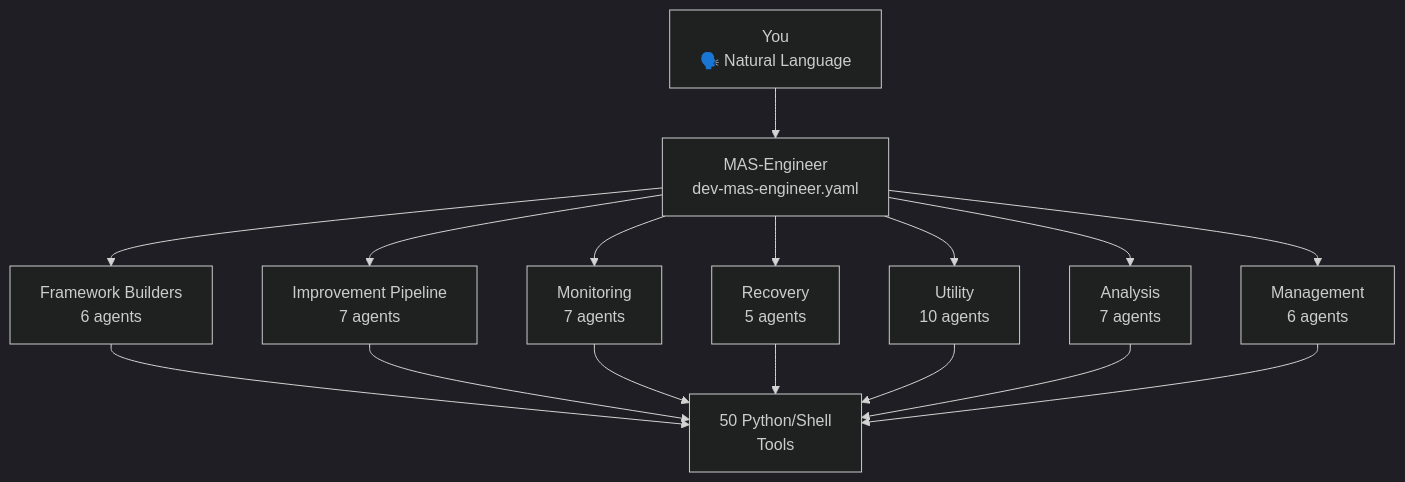
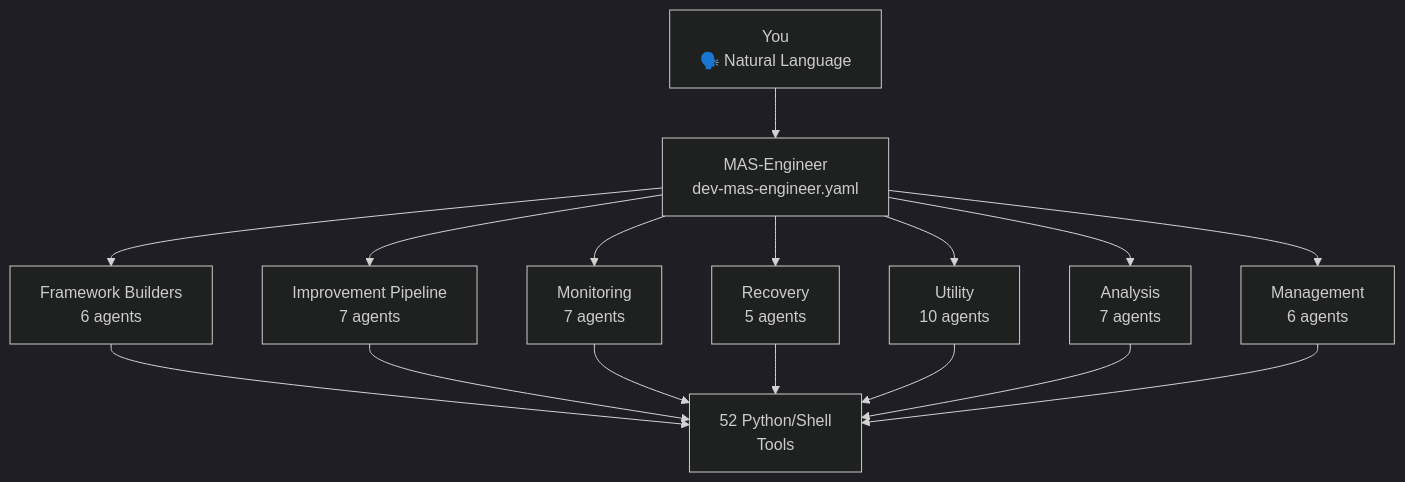
Before and after one commit to mczardybon/mas-engineer: the second of 6 diagrams in README.md, drawn with Mermaid (dark theme). The commit also changed other lines of this file and 23 other files, not shown here.

````diff
--- a/README.md
+++ b/README.md
@@ -252,12 +252,12 @@
 ```mermaid
 flowchart TD
     YOU["You\n🗣️ Natural Language"] --> ENGINEER["MAS-Engineer\ndev-mas-engineer.yaml"]
     ENGINEER --> FB["Framework Builders\n6 agents"]
     ENGINEER --> IP["Improvement Pipeline\n7 agents"]
     ENGINEER --> MON["Monitoring\n7 agents"]
     ENGINEER --> REC["Recovery\n5 agents"]
     ENGINEER --> UT["Utility\n10 agents"]
     ENGINEER --> AN["Analysis\n7 agents"]
     ENGINEER --> MG["Management\n6 agents"]
-    FB & IP & MON & REC & UT & AN & MG --> TOOLS["50 Python/Shell\nTools"]
+    FB & IP & MON & REC & UT & AN & MG --> TOOLS["52 Python/Shell\nTools"]
 ```
````
